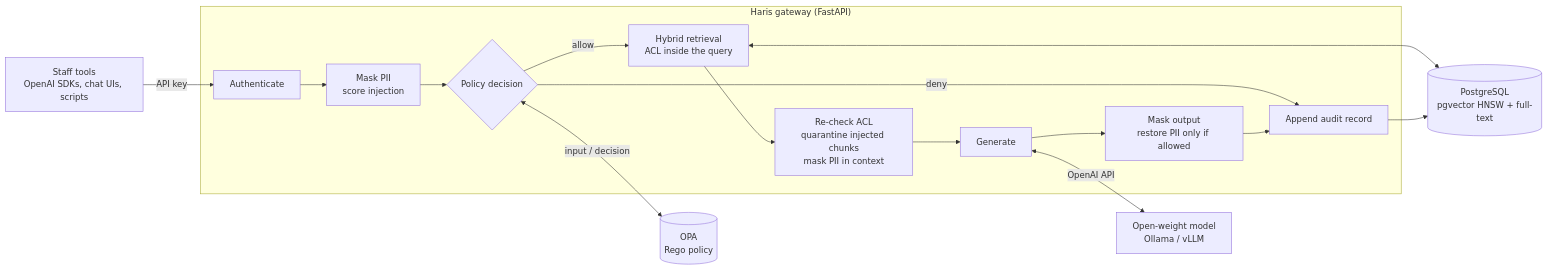
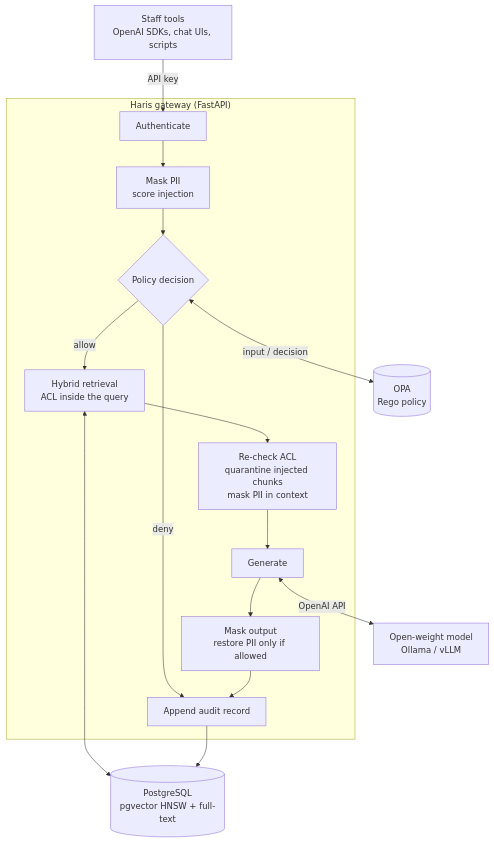
The diagram in README.md (muzakkirhussain011/needtoknow), drawn with Mermaid before and after one commit.

Commit message:
docs: lay out the architecture diagram top to bottom
The left-to-right layout rendered too small to read in GitHub's content column.

````diff
--- a/README.md
+++ b/README.md
@@ -31,20 +31,20 @@
 ```mermaid
-flowchart LR
+flowchart TB
     C["Staff tools<br/>OpenAI SDKs, chat UIs, scripts"] -->|API key| AUTH
 
     subgraph H["Haris gateway (FastAPI)"]
         AUTH[Authenticate] --> MASK["Mask PII<br/>score injection"]
         MASK --> DEC{Policy decision}
         DEC -->|allow| RET["Hybrid retrieval<br/>ACL inside the query"]
         RET --> GUARD["Re-check ACL<br/>quarantine injected chunks<br/>mask PII in context"]
         GUARD --> GEN[Generate]
         GEN --> OUT["Mask output<br/>restore PII only if allowed"]
         DEC -->|deny| AUD
         OUT --> AUD[Append audit record]
     end
 
     DEC <-->|"input / decision"| OPA[("OPA<br/>Rego policy")]
     RET <--> PG[("PostgreSQL<br/>pgvector HNSW + full-text")]
     AUD --> PG
     GEN <-->|OpenAI API| LLM["Open-weight model<br/>Ollama / vLLM"]
 ```
````
